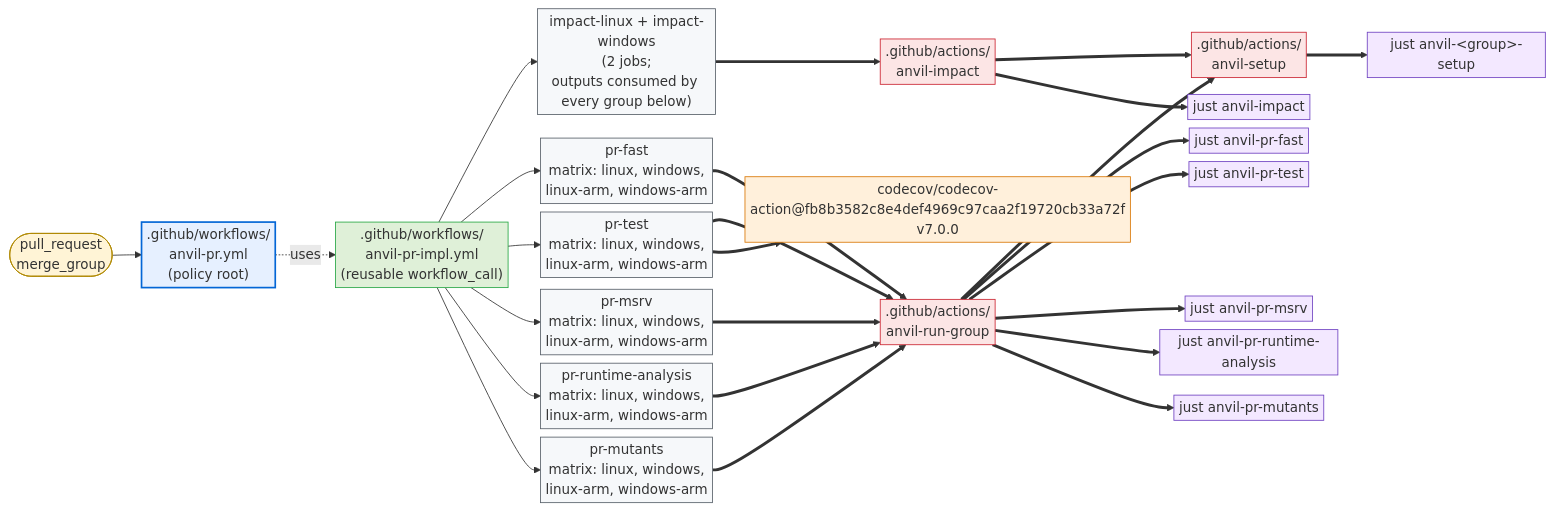
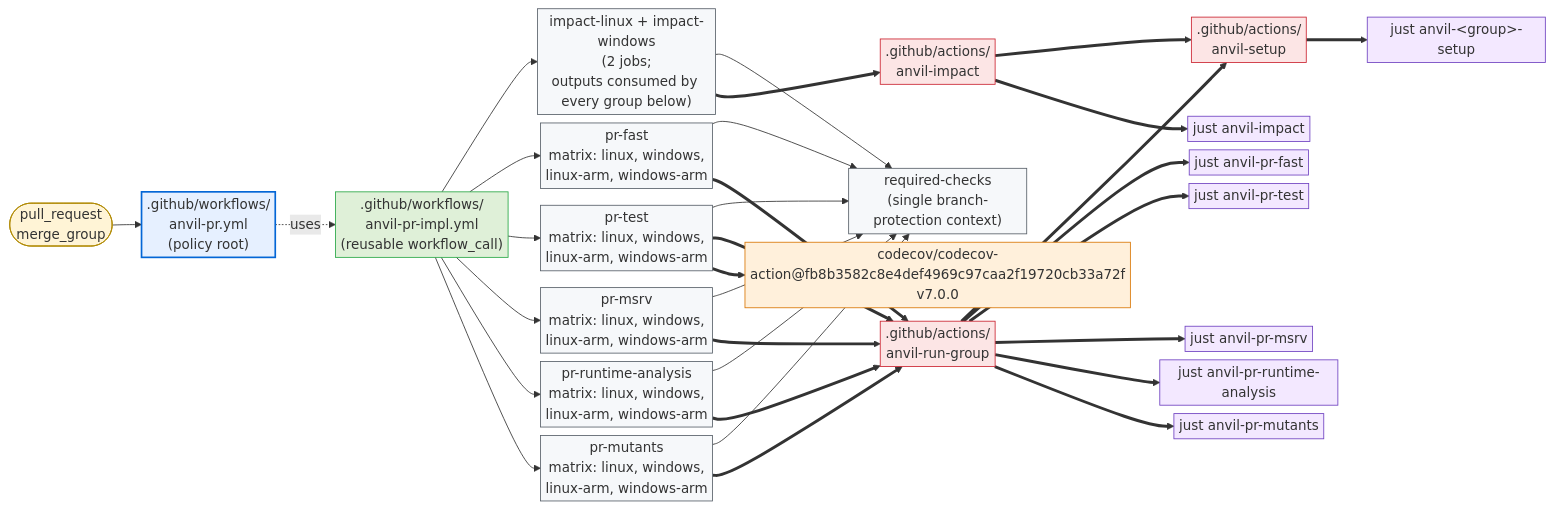
The first of 2 diagrams in crates/cargo-anvil/docs/design/github.md (microsoft/ox-tools), drawn with Mermaid before and after one commit. The commit also changed other lines of this file and 82 other files, not shown here.

````diff
--- a/crates/cargo-anvil/docs/design/github.md
+++ b/crates/cargo-anvil/docs/design/github.md
@@ -53,59 +53,66 @@
 ```mermaid
 %%{init: {"flowchart": {"nodeSpacing": 10, "rankSpacing": 35, "padding": 3}, "themeVariables": {"fontSize": "16px"}}}%%
 flowchart LR
     pr_evt([pull_request<br/>merge_group]):::trigger
     pr_root[".github/workflows/<br/>anvil-pr.yml<br/>(policy root)"]:::root
     pr_impl[".github/workflows/<br/>anvil-pr-impl.yml<br/>(reusable workflow_call)"]:::impl
     impact["impact-linux + impact-windows<br/>(2 jobs;<br/>outputs consumed by every group below)"]:::job
     pr_fast_job["pr-fast<br/>matrix: linux, windows,<br/>linux-arm, windows-arm"]:::job
     pr_test_job["pr-test<br/>matrix: linux, windows,<br/>linux-arm, windows-arm"]:::job
     pr_msrv_job["pr-msrv<br/>matrix: linux, windows,<br/>linux-arm, windows-arm"]:::job
     pr_runtime_analysis_job["pr-runtime-analysis<br/>matrix: linux, windows,<br/>linux-arm, windows-arm"]:::job
     pr_mutants_job["pr-mutants<br/>matrix: linux, windows,<br/>linux-arm, windows-arm"]:::job
+    required_checks["required-checks<br/>(single branch-protection context)"]:::job
     impact_act[".github/actions/<br/>anvil-impact"]:::action
     setup_act[".github/actions/<br/>anvil-setup"]:::action
     run_group_act[".github/actions/<br/>anvil-run-group"]:::action
     codecov_act["codecov/codecov-action@fb8b3582c8e4def4969c97caa2f19720cb33a72f<br/>v7.0.0"]:::external
     impact_just["just anvil-impact"]:::recipe
     fast_just["just anvil-pr-fast"]:::recipe
     test_just["just anvil-pr-test"]:::recipe
     msrv_just["just anvil-pr-msrv"]:::recipe
     runtime_just["just anvil-pr-runtime-analysis"]:::recipe
     mutants_just["just anvil-pr-mutants"]:::recipe
     setup_just["just anvil-&lt;group&gt;-setup"]:::recipe
 
     pr_evt --> pr_root
     pr_root -. uses .-> pr_impl
     pr_impl --> impact
     pr_impl --> pr_fast_job
     pr_impl --> pr_test_job
     pr_impl --> pr_msrv_job
     pr_impl --> pr_runtime_analysis_job
     pr_impl --> pr_mutants_job
+    impact --> required_checks
+    pr_fast_job --> required_checks
+    pr_test_job --> required_checks
+    pr_msrv_job --> required_checks
+    pr_runtime_analysis_job --> required_checks
+    pr_mutants_job --> required_checks
 
     impact ==> impact_act
     pr_fast_job ==> run_group_act
     pr_test_job ==> run_group_act
     pr_msrv_job ==> run_group_act
     pr_test_job ==> codecov_act
     pr_runtime_analysis_job ==> run_group_act
     pr_mutants_job ==> run_group_act
 
     impact_act ==> setup_act
     impact_act ==> impact_just
     run_group_act ==> setup_act
     run_group_act ==> fast_just
     run_group_act ==> test_just
     run_group_act ==> msrv_just
     run_group_act ==> runtime_just
     run_group_act ==> mutants_just
     setup_act ==> setup_just
 
     classDef trigger fill:#fff4d6,stroke:#b08800,stroke-width:1px;
     classDef root fill:#e6f0ff,stroke:#0366d6,stroke-width:2px;
     classDef impl fill:#dff0d8,stroke:#28a745,stroke-width:1px;
     classDef job fill:#f6f8fa,stroke:#586069,stroke-width:1px;
     classDef action fill:#fce5e5,stroke:#cb2431,stroke-width:1px;
     classDef external fill:#fff0db,stroke:#d97706,stroke-width:1px;
     classDef recipe fill:#f3e8ff,stroke:#6f42c1,stroke-width:1px;
 ```
````
